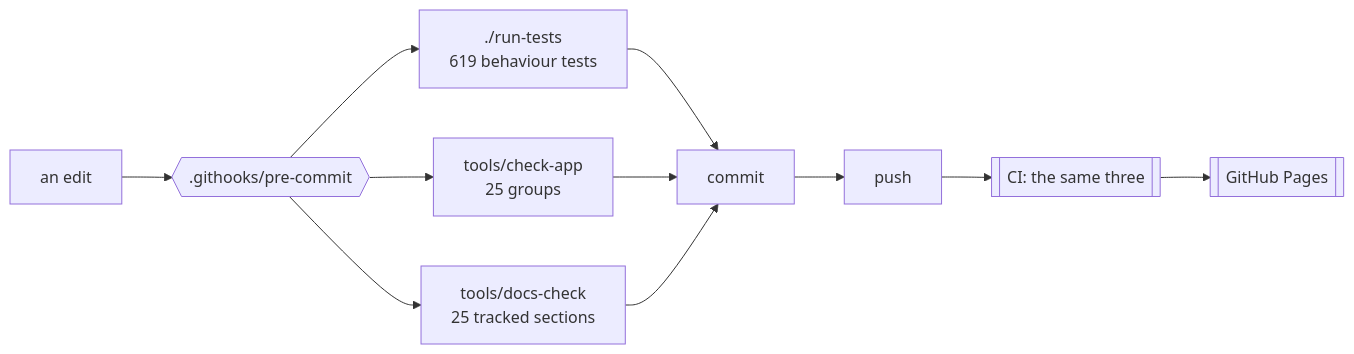
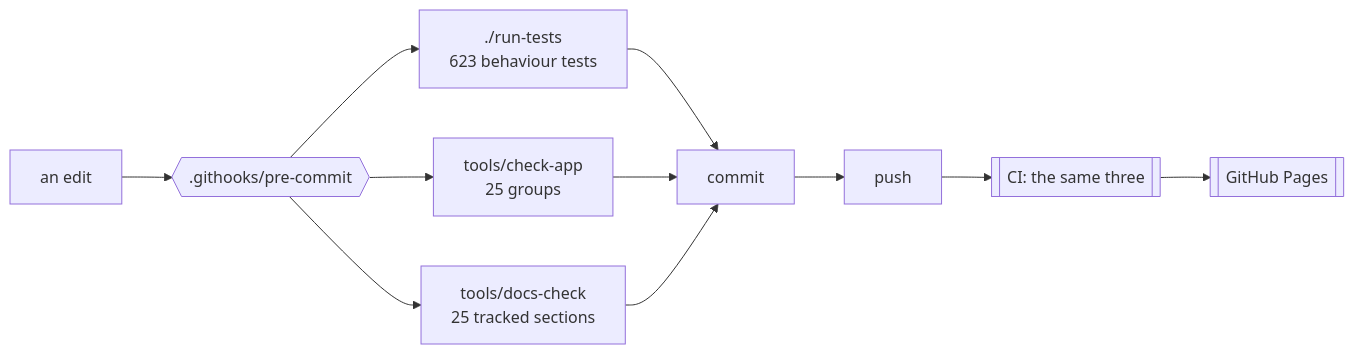
Before and after one commit to minormending/crystal-pilot-mobile: the first of 2 diagrams in docs/DEVELOPING.md, drawn with Mermaid. The commit also changed other lines of this file and 6 other files, not shown here.

````diff
--- a/docs/DEVELOPING.md
+++ b/docs/DEVELOPING.md
@@ -15,12 +15,12 @@
 ```mermaid
 flowchart LR
     E[an edit] --> H{{".githooks/pre-commit"}}
-    H --> T["./run-tests<br/>619 behaviour tests"]
+    H --> T["./run-tests<br/>623 behaviour tests"]
     H --> C["tools/check-app<br/>25 groups"]
     H --> D["tools/docs-check<br/>25 tracked sections"]
     T --> OK[commit]
     C --> OK
     D --> OK
     OK --> P[push] --> CI[["CI: the same three"]]
     CI --> PG[[GitHub Pages]]
 ```
````
